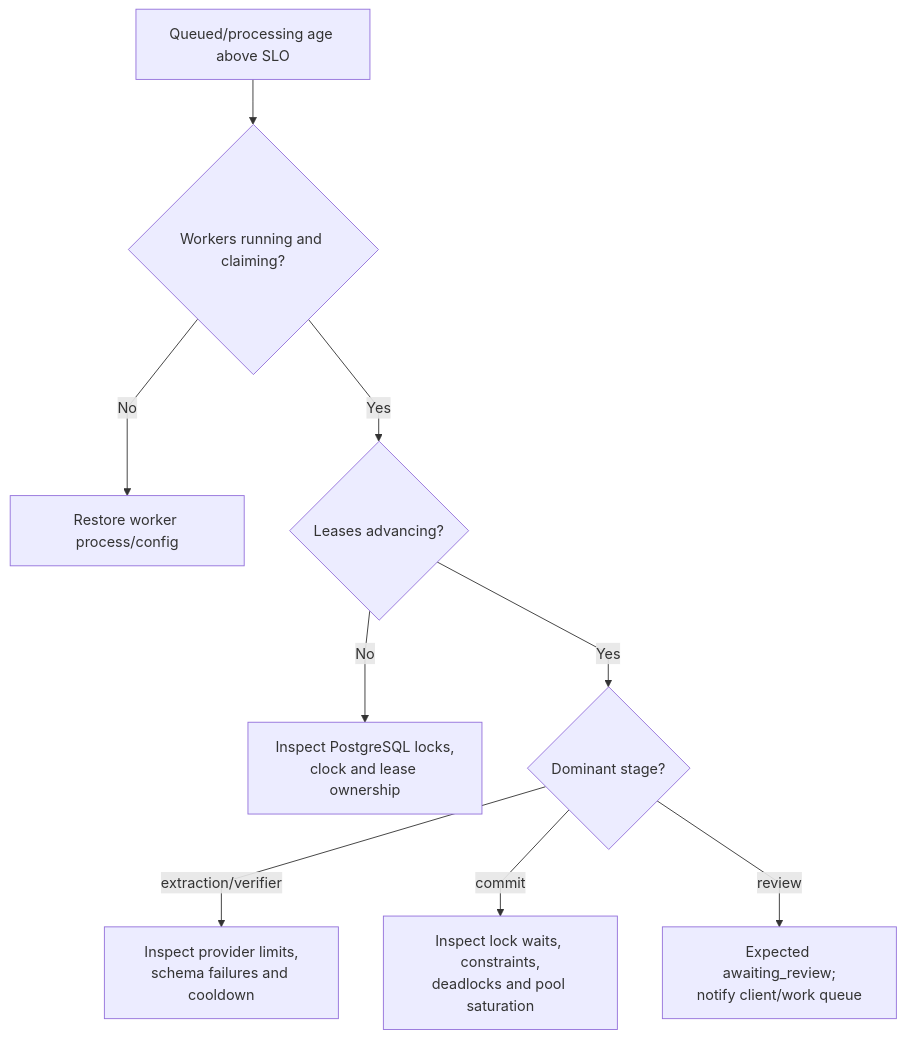
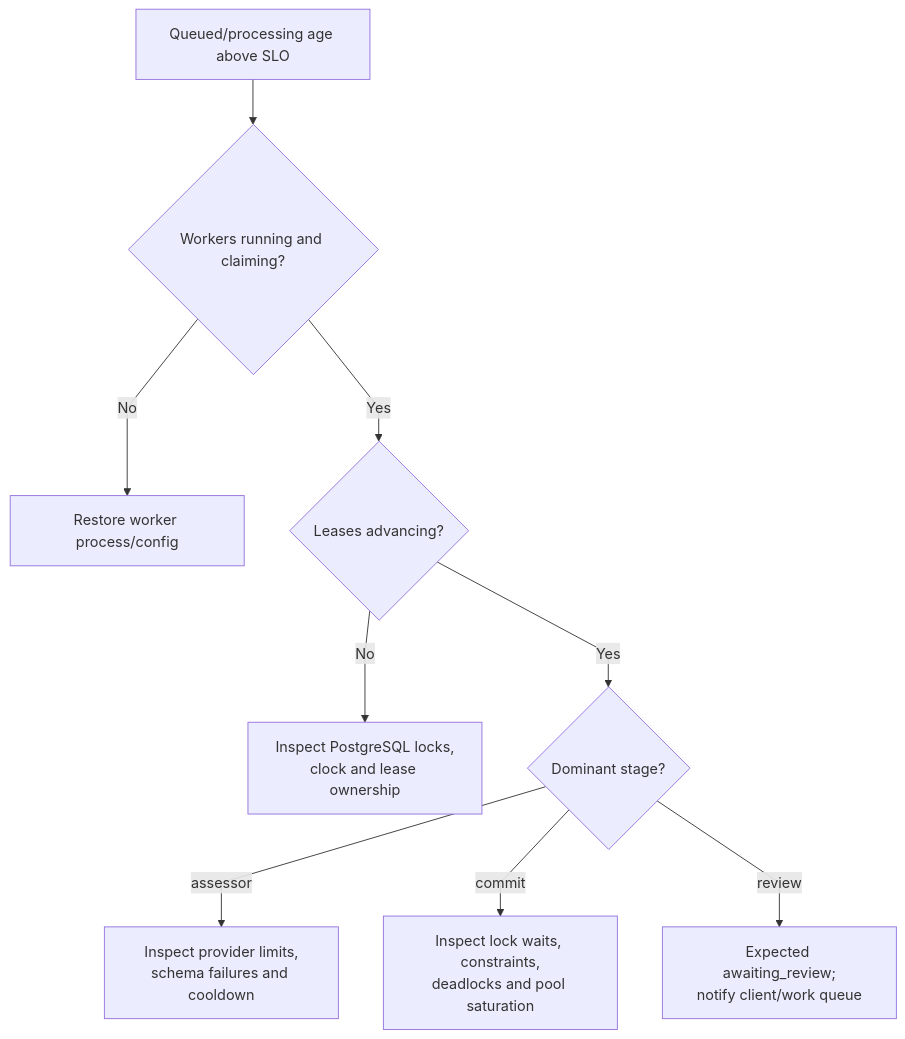
The fourth of 10 diagrams in Operations-Runbook.md (markhuangai/dense-mem), drawn with Mermaid before and after one commit. The commit also changed other lines of this file and 24 other files, not shown here.

Commit message:
Document V2.4 one-call placement architecture

````diff
--- a/Operations-Runbook.md
+++ b/Operations-Runbook.md
@@ -146,12 +147,12 @@
 ```mermaid
 %%{init: {"flowchart": {"curve": "linear"}}}%%
 flowchart TD
   Backlog["Queued/processing age above SLO"] --> Workers{"Workers running and claiming?"}
   Workers -- No --> Start["Restore worker process/config"]
   Workers -- Yes --> Lease{"Leases advancing?"}
   Lease -- No --> Locks["Inspect PostgreSQL locks,<br/>clock and lease ownership"]
   Lease -- Yes --> Stage{"Dominant stage?"}
-  Stage -- extraction/verifier --> Provider["Inspect provider limits,<br/>schema failures and cooldown"]
+  Stage -- assessor --> Provider["Inspect provider limits,<br/>schema failures and cooldown"]
   Stage -- commit --> DB["Inspect lock waits, constraints,<br/>deadlocks and pool saturation"]
   Stage -- review --> Review["Expected awaiting_review;<br/>notify client/work queue"]
 ```
````
